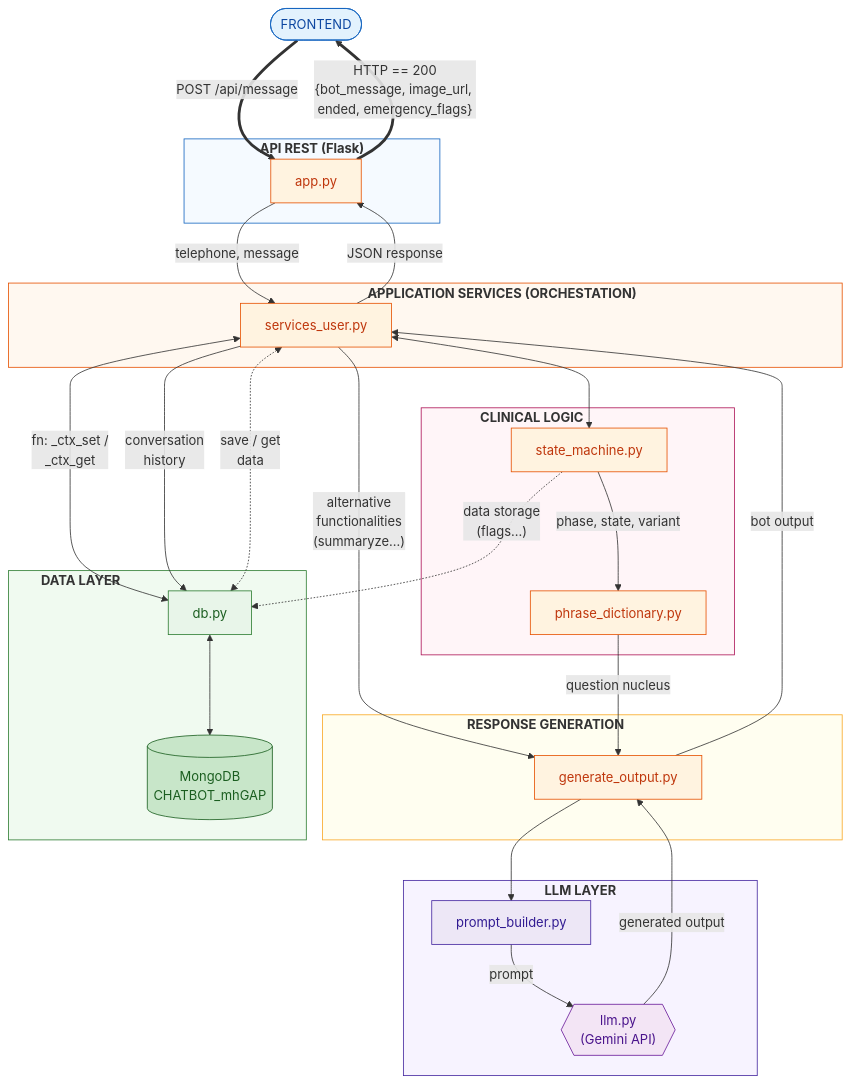
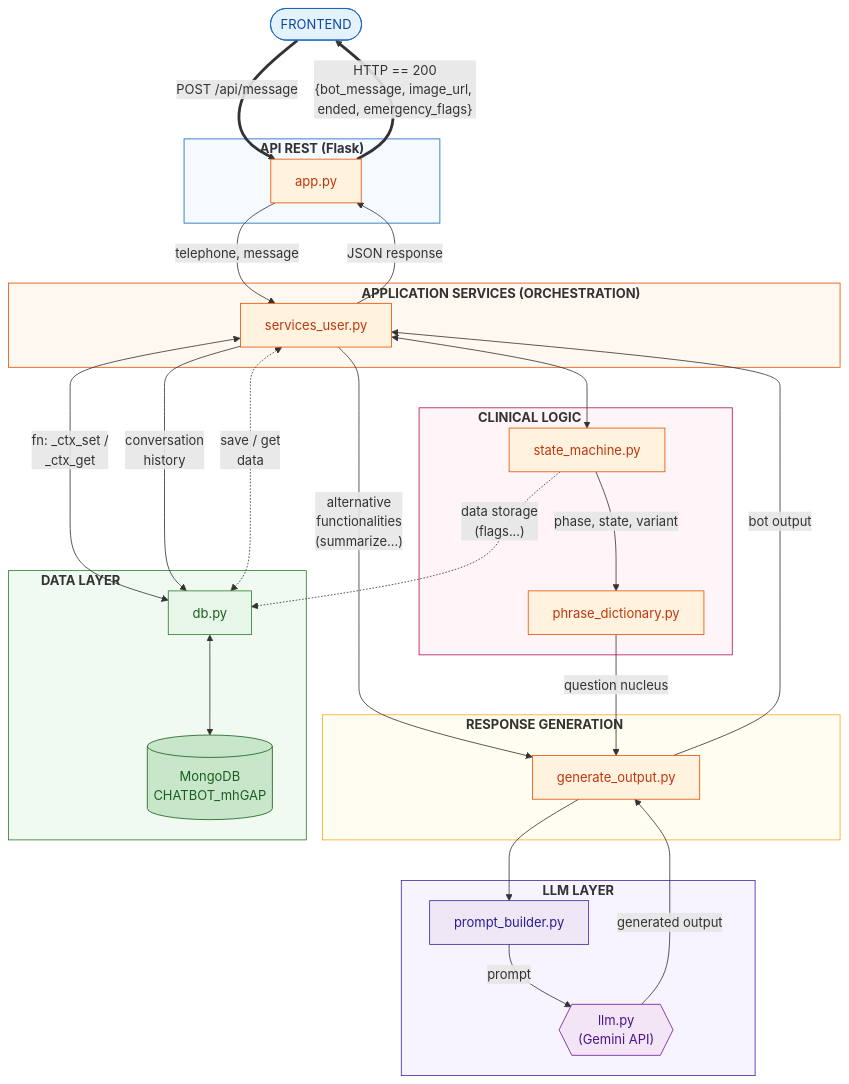
One commit to JordiiQueralto/AURORA_mhGAP-IG_v2.0 changed the first of 8 diagrams in diagrams/Z2_Backend_flow_diagram.md. Above: the diagram before and after it, drawn with Mermaid. The commit also changed other lines of this file and 1 other file, not shown here.

Commit message:
style: diagram explanation

````diff
--- a/diagrams/Z2_Backend_flow_diagram.md
+++ b/diagrams/Z2_Backend_flow_diagram.md
@@ -11,64 +15,63 @@
 ```mermaid
 flowchart TD
     FE([FRONTEND]):::external
 
     subgraph API["<b>API REST (Flask)</b>"]
         APP["app.py"]:::module
     end
 
-    subgraph ORCH["<b> &nbsp;&nbsp;&nbsp;&nbsp;&nbsp;&nbsp;&nbsp;&nbsp;&nbsp;&nbsp;&nbsp;&nbsp;&nbsp;&nbsp;&nbsp;&nbsp;&nbsp;&nbsp;&nbsp;&nbsp;&nbsp; &nbsp;&nbsp;&nbsp;&nbsp; &nbsp;&nbsp;&nbsp;&nbsp; &nbsp;&nbsp;&nbsp;&nbsp;&nbsp;&nbsp;&nbsp;&nbsp; &nbsp;&nbsp;&nbsp;&nbsp; &nbsp;&nbsp;&nbsp;&nbsp;APPLICATION SERVICES (ORCHESTATION)</b>"]
+    subgraph ORCH["<b> &nbsp;&nbsp;&nbsp;&nbsp;&nbsp;&nbsp;&nbsp;&nbsp;&nbsp;&nbsp;&nbsp;&nbsp;&nbsp;&nbsp;&nbsp;&nbsp;&nbsp;&nbsp;&nbsp;&nbsp;&nbsp; &nbsp;&nbsp;&nbsp;&nbsp; &nbsp;&nbsp;&nbsp;&nbsp; &nbsp;&nbsp;&nbsp;&nbsp;&nbsp;&nbsp;&nbsp;&nbsp; &nbsp;&nbsp;&nbsp;&nbsp; &nbsp;&nbsp;&nbsp;&nbsp;APPLICATION SERVICES (ORCHESTRATION)</b>"]
         MAIN["services_user.py"]:::module
     end
 
     subgraph CLINICAL["<b>CLINICAL LOGIC &nbsp;&nbsp;&nbsp;&nbsp; &nbsp;&nbsp;&nbsp;&nbsp; &nbsp;&nbsp;&nbsp;&nbsp; &nbsp;&nbsp;&nbsp;&nbsp; &nbsp;&nbsp;&nbsp;&nbsp; &nbsp;&nbsp;&nbsp;&nbsp;</b>"]
         FSM_MOD["state_machine.py"]:::module
         PHRASE["phrase_dictionary.py"]:::module
     end
 
     subgraph GENOUT["<b>RESPONSE GENERATION &nbsp;&nbsp;&nbsp;&nbsp; &nbsp;&nbsp;&nbsp;&nbsp; &nbsp;&nbsp;&nbsp;&nbsp; &nbsp;&nbsp;&nbsp;&nbsp; &nbsp;&nbsp;&nbsp;</b>"]
         GEN["generate_output.py"]:::module
     end
 
     subgraph LLM_L["<b>LLM LAYER</b>"]
         PB["prompt_builder.py"]:::prompt
-        %% CAMBIO AQUÍ: Uso de llaves { } para generar el rombo y <br/> para el salto de línea
         LLM{{"llm.py<br/>(Gemini API)"}}:::llm
     end
 
     subgraph DB_L["<b>DATA LAYER &nbsp;&nbsp;&nbsp;&nbsp; &nbsp;&nbsp;&nbsp;&nbsp; &nbsp;&nbsp;&nbsp;&nbsp; &nbsp;&nbsp;&nbsp;&nbsp; &nbsp;&nbsp;&nbsp;&nbsp; &nbsp;&nbsp;&nbsp;&nbsp; &nbsp;&nbsp;&nbsp;&nbsp; &nbsp;&nbsp;&nbsp;&nbsp; &nbsp;&nbsp;&nbsp;&nbsp; &nbsp;&nbsp;&nbsp;&nbsp;</b>"]
         DB["db.py"]:::dbmod
         MONGO[("MongoDB\nCHATBOT_mhGAP")]:::db
     end
 
     FE ==>|"POST /api/message"| APP
     APP -->|"telephone, message"| MAIN
     MAIN <-->|"fn: _ctx_set / \n_ctx_get"| DB
     MAIN -->|"conversation\nhistory"| DB
     MAIN <-.->|"save / get \ndata"| DB
     MAIN <--> FSM_MOD
-    MAIN --> |"alternative\nfunctionalities\n(summaryze...)"| GEN
+    MAIN --> |"alternative\nfunctionalities\n(summarize...)"| GEN
     FSM_MOD -->|"phase, state, variant"| PHRASE
     PHRASE -->|"question nucleus"| GEN
     GEN --> PB
     PB -->|"prompt"| LLM
     LLM -->|"generated output"| GEN
     GEN -->|"bot output"| MAIN
     DB <--> MONGO
     MAIN -->|"JSON response"| APP
     APP ==>|"HTTP == 200<br/>{bot_message, image_url, ended, emergency_flags}"| FE
     FSM_MOD -.-> |"data storage<br/>(flags...)"|DB
 
     classDef external fill:#e3f2fd,stroke:#1565c0,color:#0d47a1
     classDef module  fill:#fff3e0,stroke:#e65100,color:#bf360c
     classDef prompt  fill:#ede7f6,stroke:#4527a0,color:#311b92
     classDef llm     fill:#f3e5f5,stroke:#6a1b9a,color:#4a148c
     classDef dbmod   fill:#e8f5e9,stroke:#2e7d32,color:#1b5e20
     classDef db      fill:#c8e6c9,stroke:#1b5e20,color:#1b5e20
 
     style API      fill:#f5faff,stroke:#1565c0
     style ORCH     fill:#fff8f0,stroke:#e65100
     style CLINICAL fill:#fff5f8,stroke:#ad1457
     style GENOUT   fill:#fffef0,stroke:#f9a825
     style LLM_L    fill:#f7f3ff,stroke:#4527a0
     style DB_L     fill:#f0faf0,stroke:#2e7d32
 ```
````
